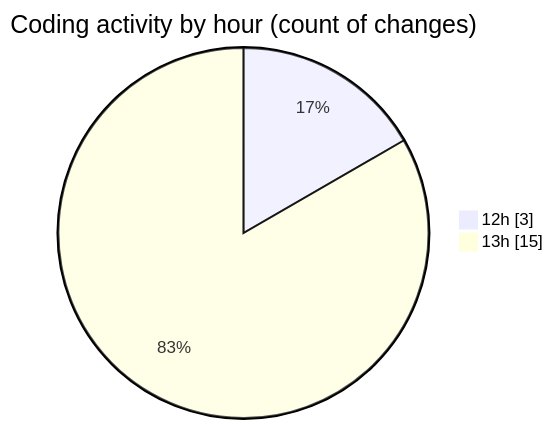
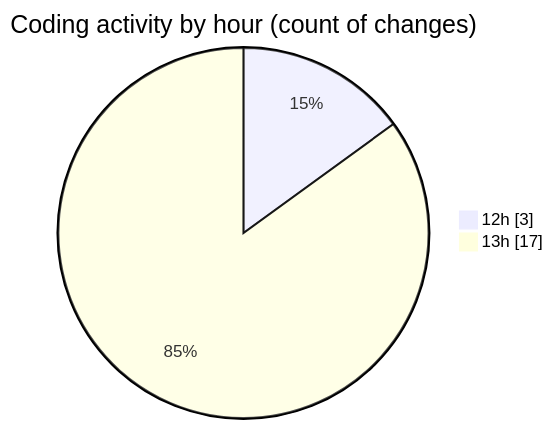
One commit to nxtqubesakshisongat/code-tracking changed the second of 2 diagrams in 2025-09-26/nxtqube_webapp/README.md. Above: the diagram before and after it, drawn with Mermaid. The commit also changed other lines of this file and 1 other file, not shown here.

````diff
--- a/2025-09-26/nxtqube_webapp/README.md
+++ b/2025-09-26/nxtqube_webapp/README.md
@@ -29,6 +29,6 @@
 ```mermaid
 pie showData
 title Coding activity by hour (count of changes)
 "12h" : 3
-"13h" : 15
+"13h" : 17
 ```
````
